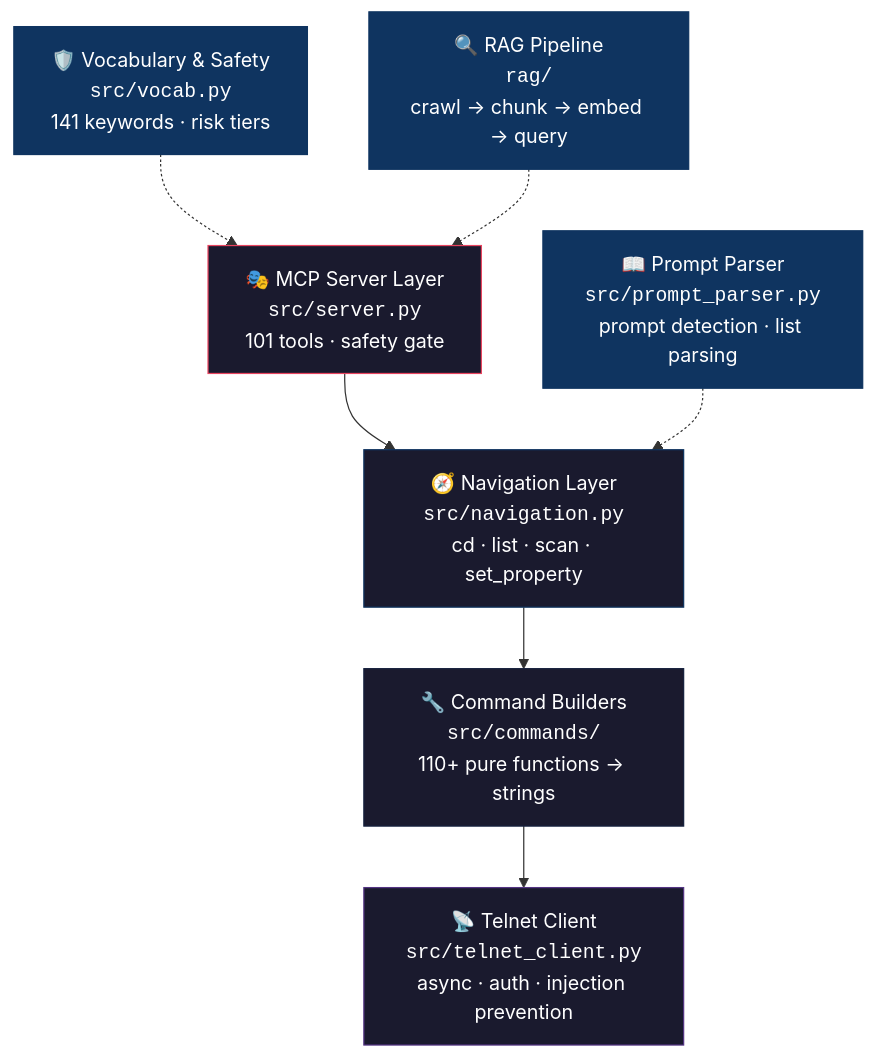
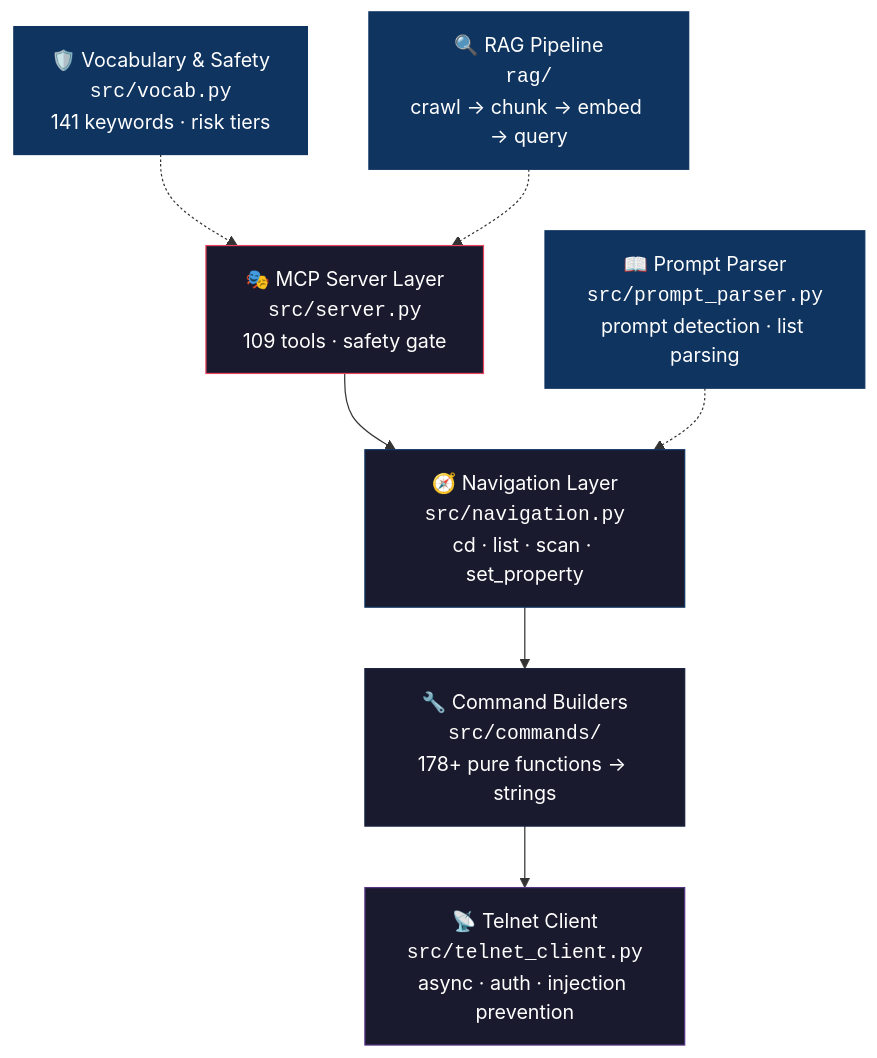
One commit to thisis-romar/ma2-onPC-MCP changed the first of 3 diagrams in README.md. Above: the diagram before and after it, drawn with Mermaid. The commit also changed other lines of this file and 11 other files, not shown here.

````diff
--- a/README.md
+++ b/README.md
@@ -55,19 +55,19 @@
 ```mermaid
 graph TD
-    A["🎭 MCP Server Layer<br/><code>src/server.py</code><br/>101 tools · safety gate"] --> B
+    A["🎭 MCP Server Layer<br/><code>src/server.py</code><br/>109 tools · safety gate"] --> B
     B["🧭 Navigation Layer<br/><code>src/navigation.py</code><br/>cd · list · scan · set_property"] --> C
-    C["🔧 Command Builders<br/><code>src/commands/</code><br/>110+ pure functions → strings"] --> D
+    C["🔧 Command Builders<br/><code>src/commands/</code><br/>178+ pure functions → strings"] --> D
     D["📡 Telnet Client<br/><code>src/telnet_client.py</code><br/>async · auth · injection prevention"]
 
     E["📖 Prompt Parser<br/><code>src/prompt_parser.py</code><br/>prompt detection · list parsing"] -.-> B
     F["🛡️ Vocabulary & Safety<br/><code>src/vocab.py</code><br/>141 keywords · risk tiers"] -.-> A
     G["🔍 RAG Pipeline<br/><code>rag/</code><br/>crawl → chunk → embed → query"] -.-> A
 
     style A fill:#1a1a2e,stroke:#e94560,color:#fff
     style B fill:#1a1a2e,stroke:#0f3460,color:#fff
     style C fill:#1a1a2e,stroke:#16213e,color:#fff
     style D fill:#1a1a2e,stroke:#533483,color:#fff
     style E fill:#0f3460,stroke:#0f3460,color:#fff
     style F fill:#0f3460,stroke:#0f3460,color:#fff
     style G fill:#0f3460,stroke:#0f3460,color:#fff
 ```
````
